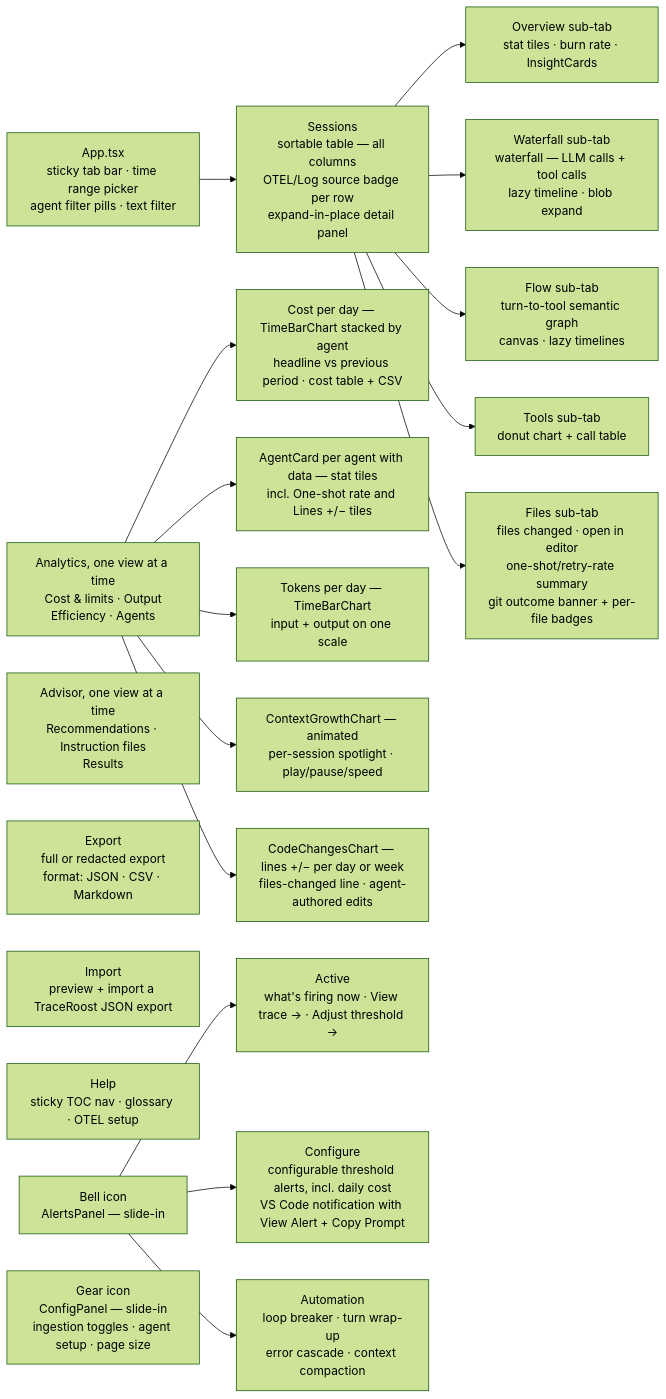
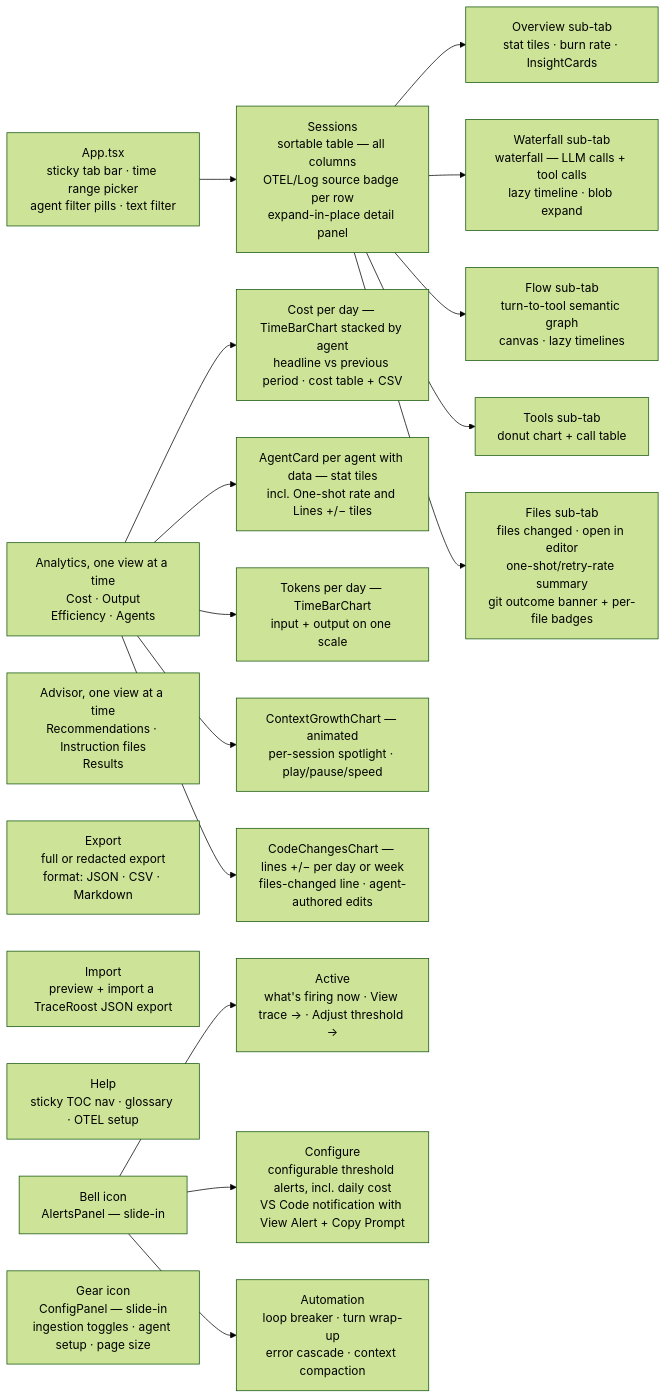
Diagram 14 of 20 in ARCHITECTURE.md (traceroost/core), drawn with Mermaid (forest theme) before and after one commit. The commit also changed other lines of this file and 19 other files, not shown here.

````diff
--- a/ARCHITECTURE.md
+++ b/ARCHITECTURE.md
@@ -890,28 +890,28 @@
 ```mermaid
 graph LR
     APP[App.tsx<br/>sticky tab bar · time range picker<br/>agent filter pills · text filter] --> T1
 
     T1[Sessions<br/>sortable table — all columns<br/>OTEL/Log source badge per row<br/>expand-in-place detail panel]
     T1 --> D1[Overview sub-tab<br/>stat tiles · burn rate · InsightCards]
     T1 --> D2[Waterfall sub-tab<br/>waterfall — LLM calls + tool calls<br/>lazy timeline · blob expand]
     T1 --> D3[Flow sub-tab<br/>turn-to-tool semantic graph<br/>canvas · lazy timelines]
     T1 --> D4[Tools sub-tab<br/>donut chart + call table]
     T1 --> D5[Files sub-tab<br/>files changed · open in editor<br/>one-shot/retry-rate summary<br/>git outcome banner + per-file badges]
 
-    T2[Analytics, one view at a time<br/>Cost & limits · Output<br/>Efficiency · Agents]
+    T2[Analytics, one view at a time<br/>Cost · Output<br/>Efficiency · Agents]
     T2 --> A1[Cost per day — TimeBarChart stacked by agent<br/>headline vs previous period · cost table + CSV]
     T2 --> A2[AgentCard per agent with data — stat tiles<br/>incl. One-shot rate and Lines +/− tiles]
     T2 --> A3[Tokens per day — TimeBarChart<br/>input + output on one scale]
     T2 --> A4[ContextGrowthChart — animated<br/>per-session spotlight · play/pause/speed]
     T2 --> A5[CodeChangesChart — lines +/− per day or week<br/>files-changed line · agent-authored edits]
 
     T3[Advisor, one view at a time<br/>Recommendations · Instruction files<br/>Results]
     T4[Export<br/>full or redacted export<br/>format: JSON · CSV · Markdown]
     T5[Import<br/>preview + import a TraceRoost JSON export]
     T6[Help<br/>sticky TOC nav · glossary · OTEL setup]
 
     BELL[Bell icon<br/>AlertsPanel — slide-in] --> S0[Active<br/>what's firing now · View trace → · Adjust threshold →]
     BELL --> S1[Configure<br/>configurable threshold alerts, incl. daily cost<br/>VS Code notification with View Alert + Copy Prompt]
     BELL --> S2[Automation<br/>loop breaker · turn wrap-up<br/>error cascade · context compaction]
     GEAR[Gear icon<br/>ConfigPanel — slide-in<br/>ingestion toggles · agent setup · page size]
 ```
````
